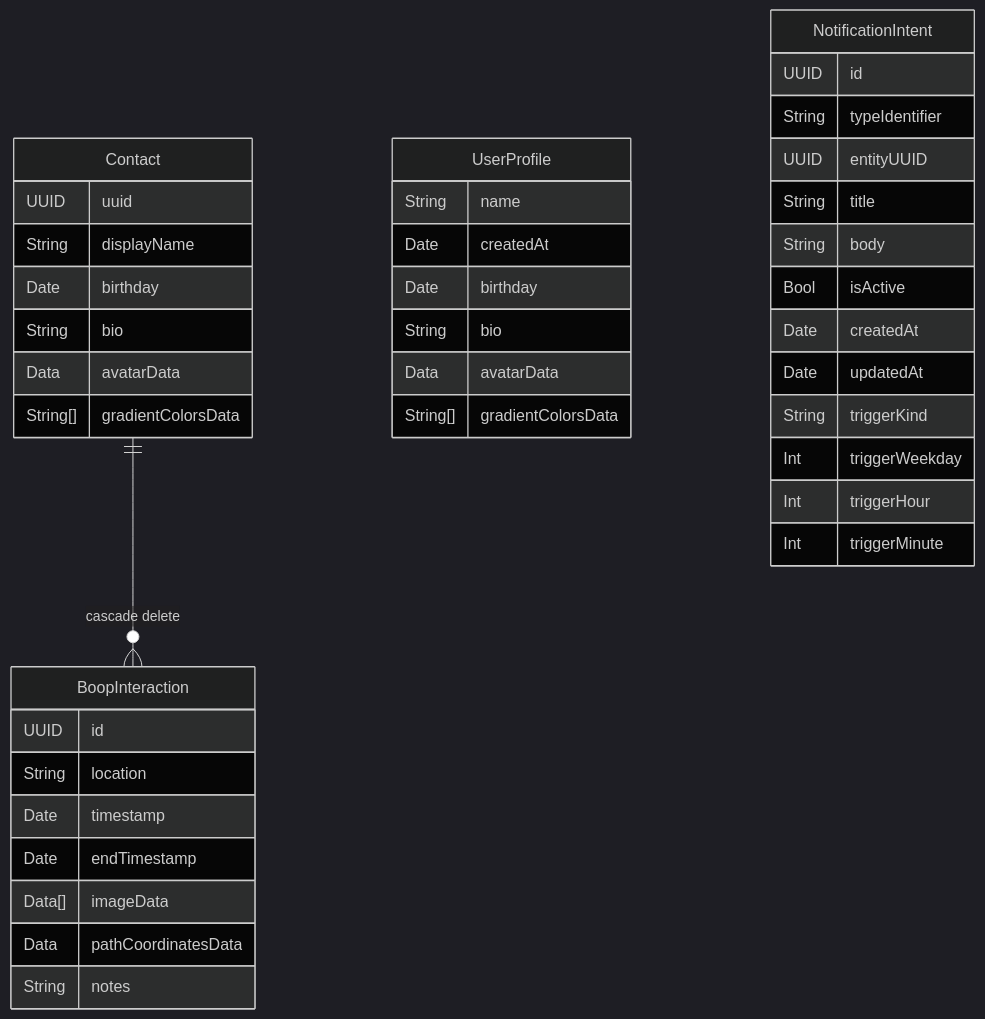
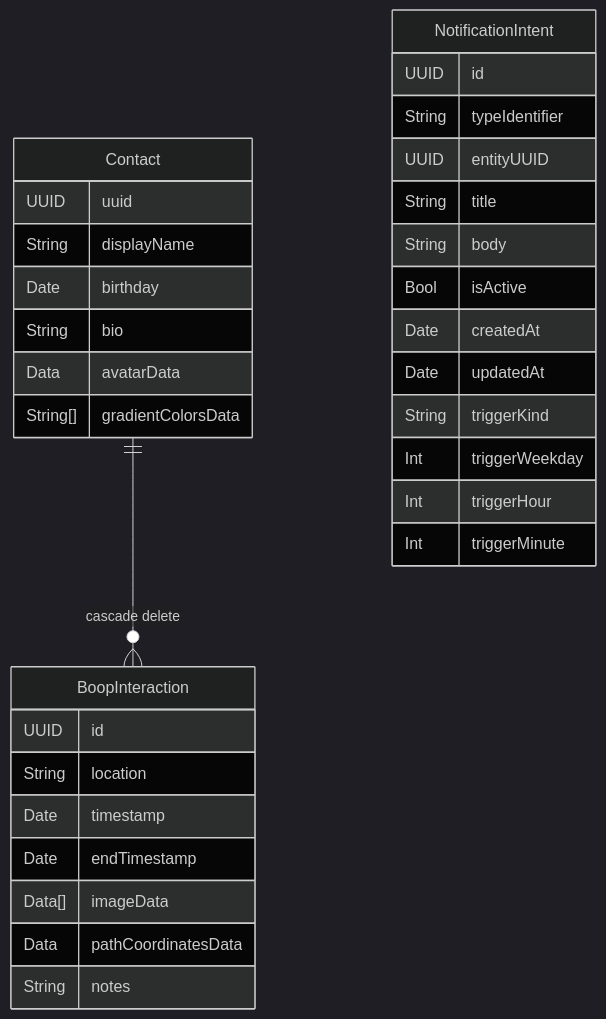
The diagram in boop-ios/Model/README.md (cranberrymuffin/boop-ios), drawn with Mermaid (dark theme) before and after one commit. The commit also changed other lines of this file and 8 other files, not shown here.

First line of the commit message:
Remove UserProfile model, consolidate own profile into Contact

````diff
--- a/boop-ios/Model/README.md
+++ b/boop-ios/Model/README.md
@@ -3,47 +3,38 @@
 ```mermaid
 erDiagram
     Contact {
         UUID uuid
         String displayName
         Date birthday
         String bio
         Data avatarData
         String[] gradientColorsData
     }
 
     BoopInteraction {
         UUID id
         String location
         Date timestamp
         Date endTimestamp
         Data[] imageData
         Data pathCoordinatesData
         String notes
     }
 
-    UserProfile {
-        String name
-        Date createdAt
-        Date birthday
-        String bio
-        Data avatarData
-        String[] gradientColorsData
-    }
-
     NotificationIntent {
         UUID id
         String typeIdentifier
         UUID entityUUID
         String title
         String body
         Bool isActive
         Date createdAt
         Date updatedAt
         String triggerKind
         Int triggerWeekday
         Int triggerHour
         Int triggerMinute
     }
 
     Contact ||--o{ BoopInteraction : "cascade delete"
 ```
````
